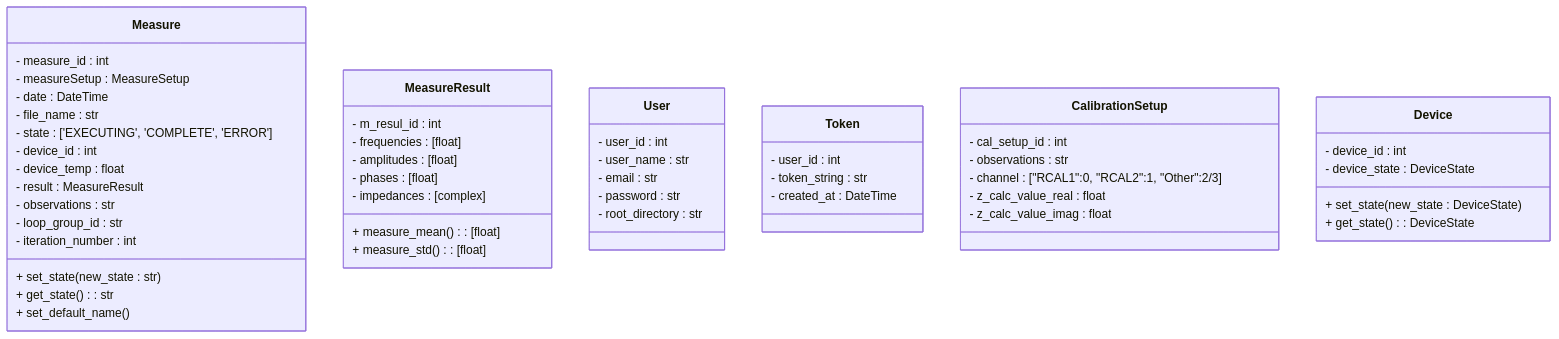
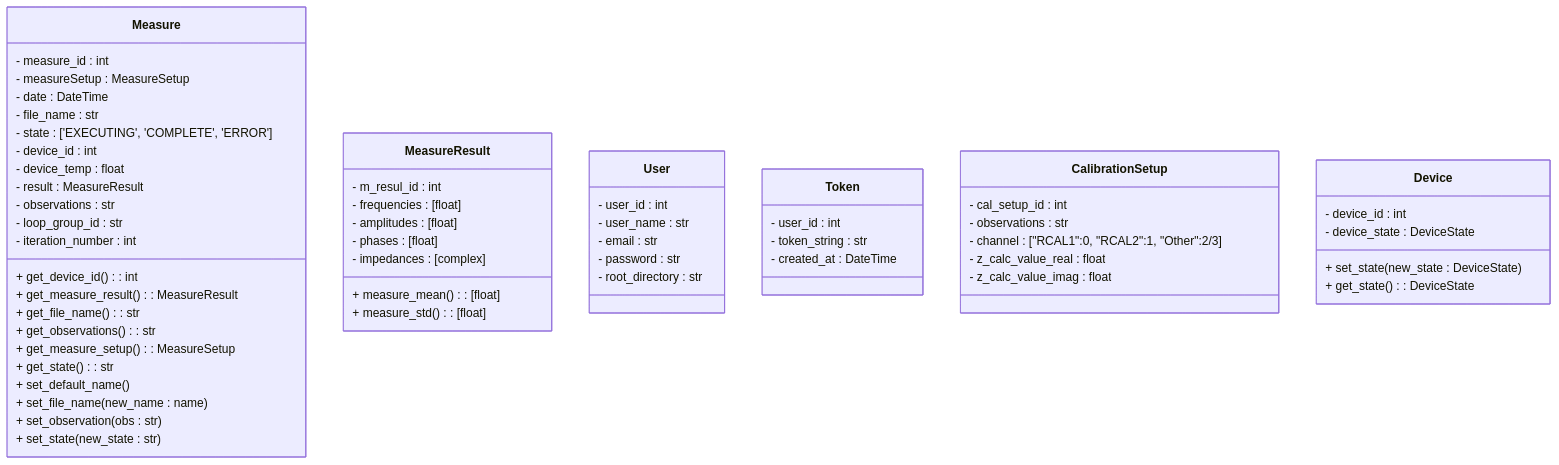
One commit to alegrelias/Repo-GMini changed the seventh of 15 diagrams in Gmini-MarkDown/Diagramas/Diagramas de Clases.md. Above: the diagram before and after it, drawn with Mermaid. The commit also changed other lines of this file, not shown here.

````diff
--- a/Gmini-MarkDown/Diagramas/Diagramas de Clases.md
+++ b/Gmini-MarkDown/Diagramas/Diagramas de Clases.md
@@ -588,64 +601,77 @@
 ```mermaid
 classDiagram
 %% mediciones
 class Measure {
 	- measure_id : int
 	- measureSetup : MeasureSetup
 	- date : DateTime
 	- file_name : str
 	- state : ['EXECUTING', 'COMPLETE', 'ERROR']
 	- device_id : int
 	- device_temp : float
 	- result : MeasureResult
 	- observations : str
 	- loop_group_id : str
 	- iteration_number : int
-	+ set_state(new_state : str)
+	  
+	%% getters
+	+ get_device_id() : int
+	+ get_measure_result() : MeasureResult
+	+ get_file_name() : str
+	+ get_observations() : str
+	+ get_measure_setup() : MeasureSetup
+	
 	+ get_state() : str
 	+ set_default_name()
+	
+	%% setters
+	+ set_file_name(new_name : name)
+	+ set_observation(obs : str)
+	+ set_state(new_state : str)
+
 }
 
 class MeasureResult{
 	- m_resul_id : int
 	- frequencies : [float]
 	- amplitudes : [float]
 	- phases : [float]
 	- impedances : [complex]
 	+ measure_mean() : [float]
 	+ measure_std() : [float]
 }
 
 
 
 %% usuario
 class User {
 	- user_id : int
 	- user_name : str
 	- email : str
 	- password : str
 	- root_directory : str
 	
 }
 
 class Token {
 	- user_id : int
 	- token_string : str
 	- created_at : DateTime
 }
 
 %% conexion y calibracion
 class CalibrationSetup{
 	- cal_setup_id : int
 	- observations : str
 	- channel : ["RCAL1":0, "RCAL2":1, "Other":2/3]
 	- z_calc_value_real : float
 	- z_calc_value_imag : float
 }
 
 class Device{
 	- device_id : int
 	- device_state : DeviceState
 	+ set_state(new_state : DeviceState)
 	+ get_state() : DeviceState
 }
 ```
````
